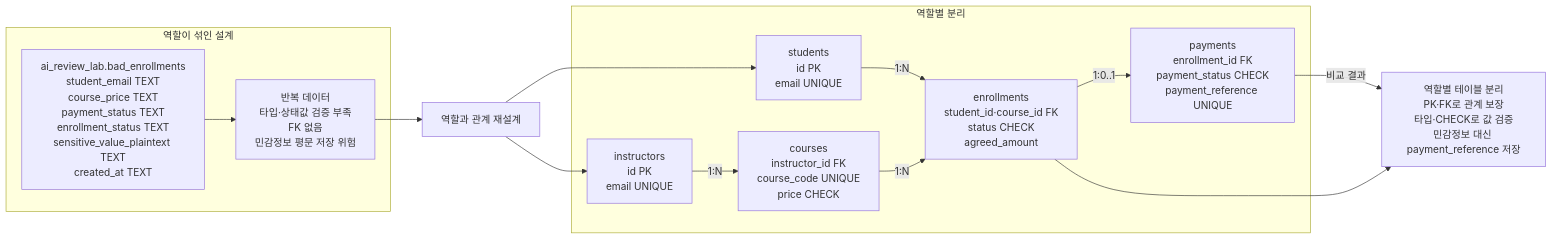
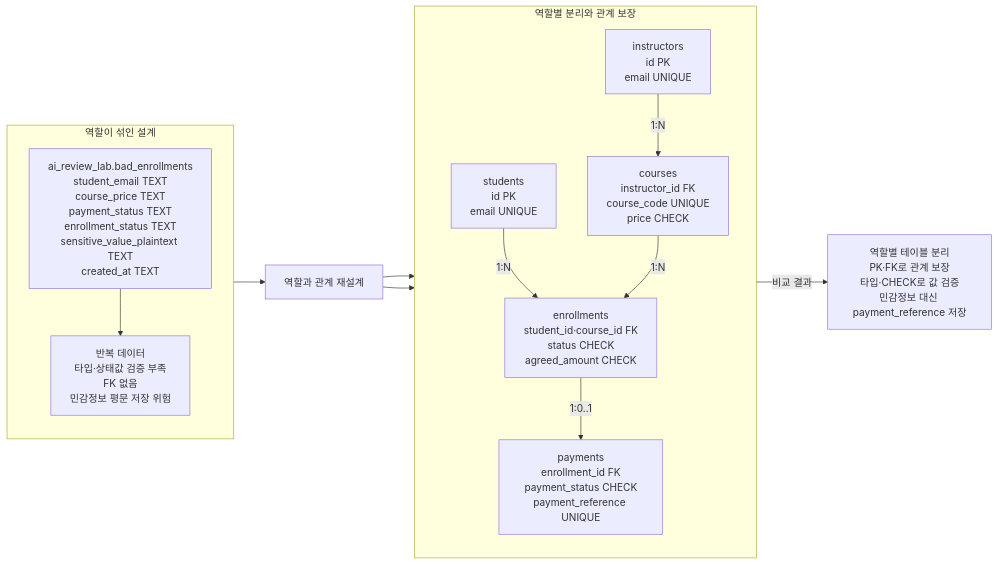
The diagram in images/chapter13/ch13_05_bad_vs_good_design.mmd (GilbertMoon/ai-database-book), drawn with Mermaid before and after one commit.

Commit message:
refine chapter 13 bad vs good design flow

```diff
--- a/images/chapter13/ch13_05_bad_vs_good_design.mmd
+++ b/images/chapter13/ch13_05_bad_vs_good_design.mmd
@@ -1,26 +1,21 @@
 flowchart LR
     subgraph BAD[역할이 섞인 설계]
+        direction TB
         BAD_TABLE["ai_review_lab.bad_enrollments<br/>student_email TEXT<br/>course_price TEXT<br/>payment_status TEXT<br/>enrollment_status TEXT<br/>sensitive_value_plaintext TEXT<br/>created_at TEXT"]
         BAD_RISK["반복 데이터<br/>타입·상태값 검증 부족<br/>FK 없음<br/>민감정보 평문 저장 위험"]
         BAD_TABLE --> BAD_RISK
     end
 
     BAD_RISK --> REDESIGN["역할과 관계 재설계"]
 
-    subgraph GOOD[역할별 분리]
-        STUDENTS["students<br/>id PK<br/>email UNIQUE"]
-        INSTRUCTORS["instructors<br/>id PK<br/>email UNIQUE"]
-        COURSES["courses<br/>instructor_id FK<br/>course_code UNIQUE<br/>price CHECK"]
-        ENROLLMENTS["enrollments<br/>student_id·course_id FK<br/>status CHECK<br/>agreed_amount"]
-        PAYMENTS["payments<br/>enrollment_id FK<br/>payment_status CHECK<br/>payment_reference UNIQUE"]
-
-        INSTRUCTORS -->|1:N| COURSES
-        STUDENTS -->|1:N| ENROLLMENTS
+    subgraph GOOD[역할별 분리와 관계 보장]
+        direction TB
+        INSTRUCTORS["instructors<br/>id PK<br/>email UNIQUE"] -->|1:N| COURSES["courses<br/>instructor_id FK<br/>course_code UNIQUE<br/>price CHECK"]
+        STUDENTS["students<br/>id PK<br/>email UNIQUE"] -->|1:N| ENROLLMENTS["enrollments<br/>student_id·course_id FK<br/>status CHECK<br/>agreed_amount CHECK"]
         COURSES -->|1:N| ENROLLMENTS
-        ENROLLMENTS -->|1:0..1| PAYMENTS
+        ENROLLMENTS -->|1:0..1| PAYMENTS["payments<br/>enrollment_id FK<br/>payment_status CHECK<br/>payment_reference UNIQUE"]
     end
 
+    REDESIGN --> INSTRUCTORS
     REDESIGN --> STUDENTS
-    REDESIGN --> INSTRUCTORS
     PAYMENTS -->|비교 결과| RESULT["역할별 테이블 분리<br/>PK·FK로 관계 보장<br/>타입·CHECK로 값 검증<br/>민감정보 대신 payment_reference 저장"]
-    ENROLLMENTS --> RESULT
```
